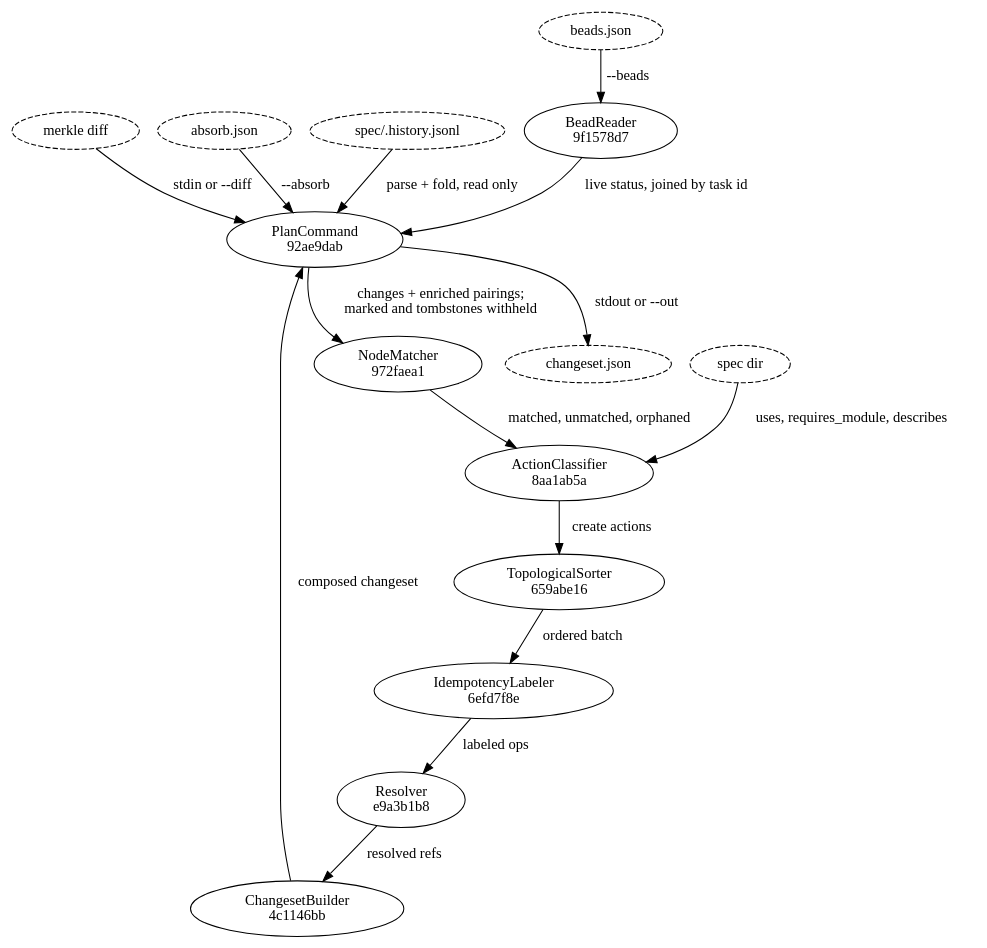
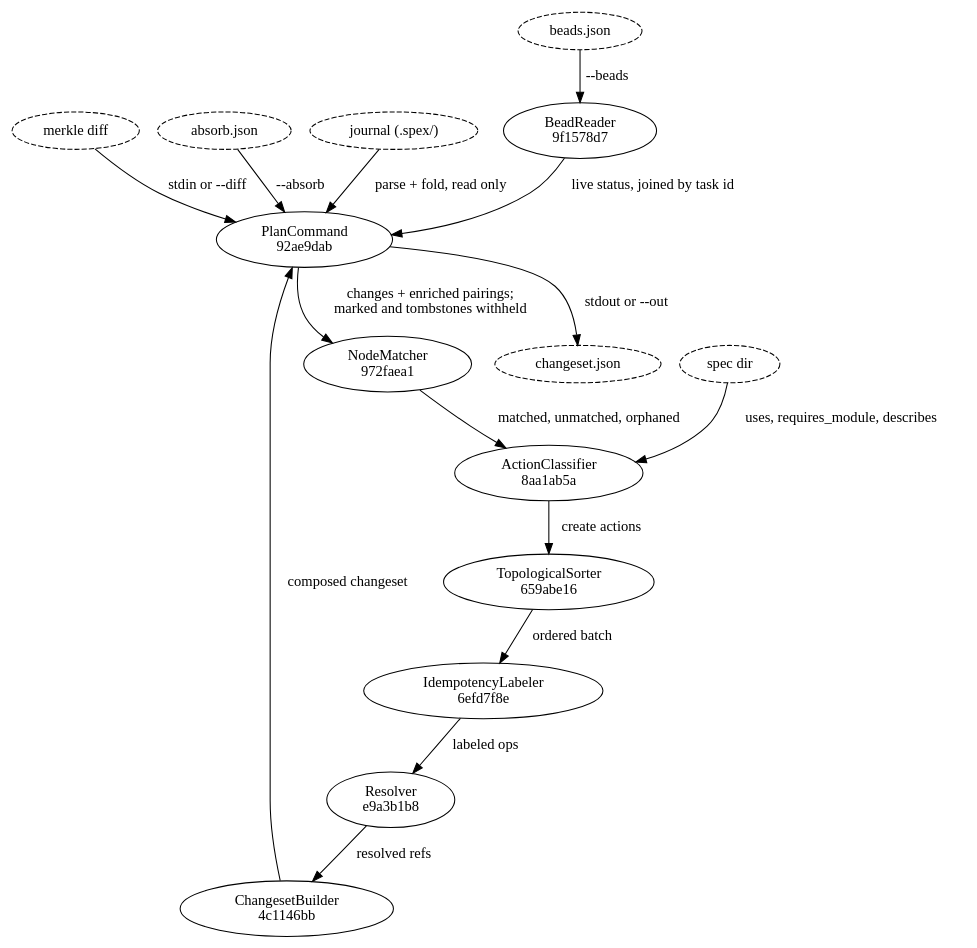
Before and after one commit to dmitriyb/spexmachina: the second of 2 diagrams in spec/plan/flow_plan.md, drawn with Graphviz. The commit also changed other lines of this file and 54 other files, not shown here.

First line of the commit message:
spec: apply project-lifecycle — .spex/ state dir, init/doctor, absence is an error

````diff
--- a/spec/plan/flow_plan.md
+++ b/spec/plan/flow_plan.md
@@ -58,33 +58,33 @@
 ```dot
 digraph plan_internals {
     "merkle diff"    [style=dashed];
     "beads.json"     [style=dashed];
     "absorb.json"    [style=dashed];
-    "spec/.history.jsonl" [style=dashed];
+    "journal (.spex/)"    [style=dashed];
     "spec dir"       [style=dashed];
     "9f1578d7af6d"   [label="BeadReader\n9f1578d7"];
     "972faea162a6"   [label="NodeMatcher\n972faea1"];
     "8aa1ab5ac102"   [label="ActionClassifier\n8aa1ab5a"];
     "659abe167891"   [label="TopologicalSorter\n659abe16"];
     "6efd7f8ebdb2"   [label="IdempotencyLabeler\n6efd7f8e"];
     "e9a3b1b85953"   [label="Resolver\ne9a3b1b8"];
     "4c1146bb7287"   [label="ChangesetBuilder\n4c1146bb"];
     "92ae9dab6d6d"   [label="PlanCommand\n92ae9dab"];
     "changeset.json" [style=dashed];
 
     "beads.json"     -> "9f1578d7af6d"  [label="--beads"];
     "9f1578d7af6d"   -> "92ae9dab6d6d"  [label="live status, joined by task id"];
     "merkle diff"    -> "92ae9dab6d6d"  [label="stdin or --diff"];
-    "spec/.history.jsonl" -> "92ae9dab6d6d"  [label="parse + fold, read only"];
+    "journal (.spex/)"    -> "92ae9dab6d6d"  [label="parse + fold, read only"];
     "92ae9dab6d6d"   -> "972faea162a6"  [label="changes + enriched pairings;\nmarked and tombstones withheld"];
     "972faea162a6"   -> "8aa1ab5ac102"  [label="matched, unmatched, orphaned"];
     "spec dir"       -> "8aa1ab5ac102"  [label="uses, requires_module, describes"];
     "8aa1ab5ac102"   -> "659abe167891"  [label="create actions"];
     "659abe167891"   -> "6efd7f8ebdb2"  [label="ordered batch"];
     "6efd7f8ebdb2"   -> "e9a3b1b85953"  [label="labeled ops"];
     "e9a3b1b85953"   -> "4c1146bb7287"  [label="resolved refs"];
     "4c1146bb7287"   -> "92ae9dab6d6d"  [label="composed changeset"];
     "absorb.json"    -> "92ae9dab6d6d"  [label="--absorb"];
     "92ae9dab6d6d"   -> "changeset.json" [label="stdout or --out"];
 }
 ```
````
